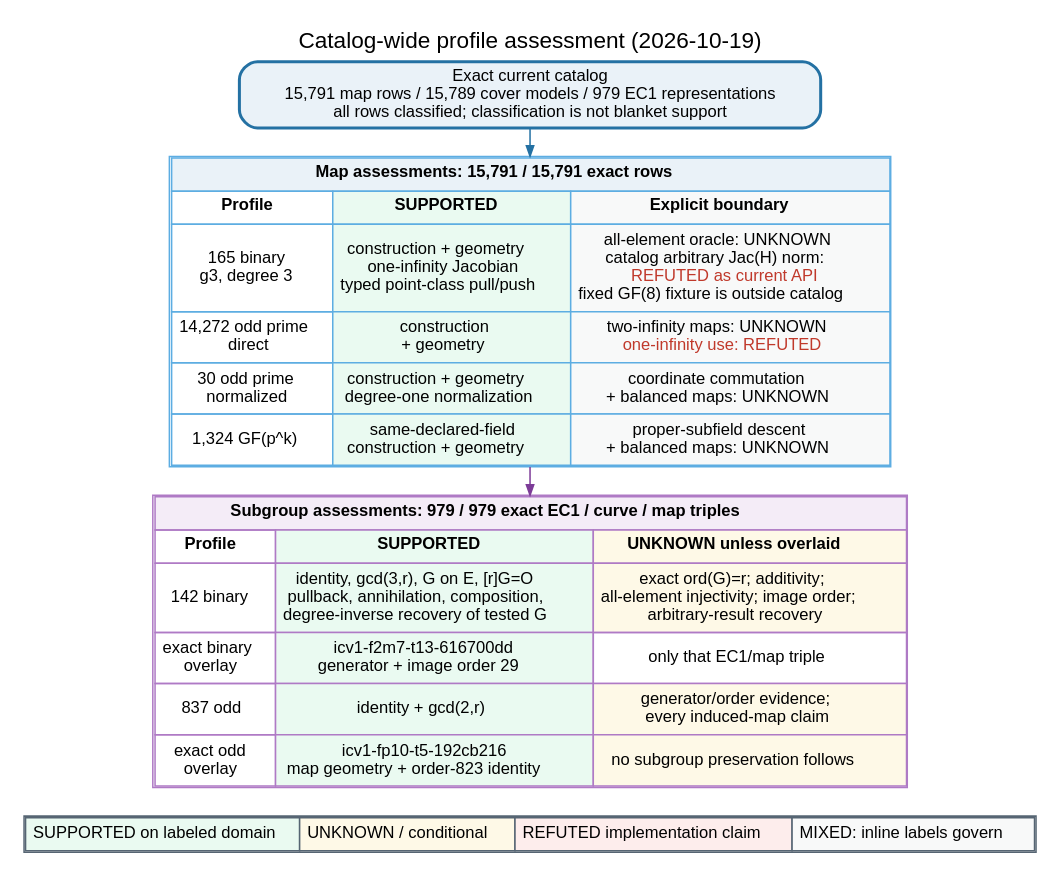
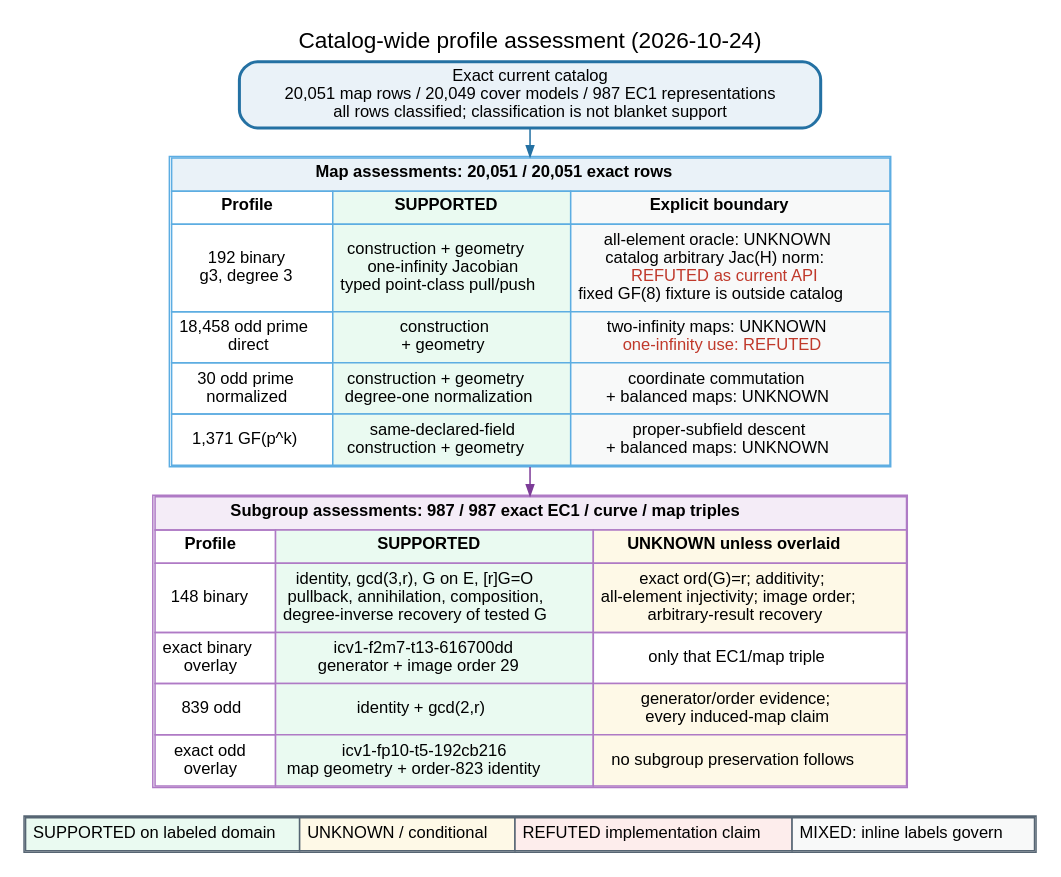
One commit to isogeny-labs/crypto changed the diagram in research/cover_transfer_assessment_20261013/typed_correspondence.dot. Above: the diagram before and after it, drawn with Graphviz. The commit also changed 16 other files, not shown here.

```diff
--- a/research/cover_transfer_assessment_20261013/typed_correspondence.dot
+++ b/research/cover_transfer_assessment_20261013/typed_correspondence.dot
@@ -1,64 +1,64 @@
-// cover-transfer-assessments/v2; catalog_maps=15791; unique_cover_models=15789; geometry_verified_maps=15791; ec1_representations=979; assessed_maps=15791; unassessed_maps=0; assessed_subgroups=979; unassessed_subgroups=0
+// cover-transfer-assessments/v2; catalog_maps=20051; unique_cover_models=20049; geometry_verified_maps=20051; ec1_representations=987; assessed_maps=20051; unassessed_maps=0; assessed_subgroups=987; unassessed_subgroups=0
 digraph cover_transfer_assessment {
   graph [
     rankdir=TB,
     bgcolor="white",
     pad="0.12",
     nodesep="0.20",
     ranksep="0.26",
     fontname="Helvetica",
     fontsize=15,
     labelloc="t",
-    label="Catalog-wide profile assessment (2026-10-19)"
+    label="Catalog-wide profile assessment (2026-10-24)"
   ];
   node [shape=box, style="rounded,filled", fillcolor="white", color="#34495e", fontname="Helvetica", fontsize=11];
   edge [fontname="Helvetica", fontsize=9, color="#34495e", arrowsize=0.7];
 
   catalog [
-    label="Exact current catalog\n15,791 map rows / 15,789 cover models / 979 EC1 representations\nall rows classified; classification is not blanket support",
+    label="Exact current catalog\n20,051 map rows / 20,049 cover models / 987 EC1 representations\nall rows classified; classification is not blanket support",
     fillcolor="#eaf2f8",
     color="#2471a3",
     penwidth=2
   ];
 
   maps [
     shape=plain,
     label=<
       <TABLE BORDER="1" CELLBORDER="1" CELLSPACING="0" CELLPADDING="4" COLOR="#5dade2">
-        <TR><TD COLSPAN="3" BGCOLOR="#eaf2f8"><B>Map assessments: 15,791 / 15,791 exact rows</B></TD></TR>
+        <TR><TD COLSPAN="3" BGCOLOR="#eaf2f8"><B>Map assessments: 20,051 / 20,051 exact rows</B></TD></TR>
         <TR><TD><B>Profile</B></TD><TD BGCOLOR="#eafaf1"><B>SUPPORTED</B></TD><TD BGCOLOR="#f8f9f9"><B>Explicit boundary</B></TD></TR>
-        <TR><TD>165 binary<BR/>g3, degree 3</TD><TD BGCOLOR="#eafaf1">construction + geometry<BR/>one-infinity Jacobian<BR/>typed point-class pull/push</TD><TD BGCOLOR="#f8f9f9">all-element oracle: UNKNOWN<BR/>catalog arbitrary Jac(H) norm:<BR/><FONT COLOR="#c0392b">REFUTED as current API</FONT><BR/>fixed GF(8) fixture is outside catalog</TD></TR>
-        <TR><TD>14,272 odd prime<BR/>direct</TD><TD BGCOLOR="#eafaf1">construction<BR/>+ geometry</TD><TD BGCOLOR="#f8f9f9">two-infinity maps: UNKNOWN<BR/><FONT COLOR="#c0392b">one-infinity use: REFUTED</FONT></TD></TR>
+        <TR><TD>192 binary<BR/>g3, degree 3</TD><TD BGCOLOR="#eafaf1">construction + geometry<BR/>one-infinity Jacobian<BR/>typed point-class pull/push</TD><TD BGCOLOR="#f8f9f9">all-element oracle: UNKNOWN<BR/>catalog arbitrary Jac(H) norm:<BR/><FONT COLOR="#c0392b">REFUTED as current API</FONT><BR/>fixed GF(8) fixture is outside catalog</TD></TR>
+        <TR><TD>18,458 odd prime<BR/>direct</TD><TD BGCOLOR="#eafaf1">construction<BR/>+ geometry</TD><TD BGCOLOR="#f8f9f9">two-infinity maps: UNKNOWN<BR/><FONT COLOR="#c0392b">one-infinity use: REFUTED</FONT></TD></TR>
         <TR><TD>30 odd prime<BR/>normalized</TD><TD BGCOLOR="#eafaf1">construction + geometry<BR/>degree-one normalization</TD><TD BGCOLOR="#f8f9f9">coordinate commutation<BR/>+ balanced maps: UNKNOWN</TD></TR>
-        <TR><TD>1,324 GF(p^k)</TD><TD BGCOLOR="#eafaf1">same-declared-field<BR/>construction + geometry</TD><TD BGCOLOR="#f8f9f9">proper-subfield descent<BR/>+ balanced maps: UNKNOWN</TD></TR>
+        <TR><TD>1,371 GF(p^k)</TD><TD BGCOLOR="#eafaf1">same-declared-field<BR/>construction + geometry</TD><TD BGCOLOR="#f8f9f9">proper-subfield descent<BR/>+ balanced maps: UNKNOWN</TD></TR>
       </TABLE>
     >
   ];
 
   subgroups [
     shape=plain,
     label=<
       <TABLE BORDER="1" CELLBORDER="1" CELLSPACING="0" CELLPADDING="4" COLOR="#af7ac5">
-        <TR><TD COLSPAN="3" BGCOLOR="#f4ecf7"><B>Subgroup assessments: 979 / 979 exact EC1 / curve / map triples</B></TD></TR>
+        <TR><TD COLSPAN="3" BGCOLOR="#f4ecf7"><B>Subgroup assessments: 987 / 987 exact EC1 / curve / map triples</B></TD></TR>
         <TR><TD><B>Profile</B></TD><TD BGCOLOR="#eafaf1"><B>SUPPORTED</B></TD><TD BGCOLOR="#fef9e7"><B>UNKNOWN unless overlaid</B></TD></TR>
-        <TR><TD>142 binary</TD><TD BGCOLOR="#eafaf1">identity, gcd(3,r), G on E, [r]G=O<BR/>pullback, annihilation, composition,<BR/>degree-inverse recovery of tested G</TD><TD BGCOLOR="#fef9e7">exact ord(G)=r; additivity;<BR/>all-element injectivity; image order;<BR/>arbitrary-result recovery</TD></TR>
+        <TR><TD>148 binary</TD><TD BGCOLOR="#eafaf1">identity, gcd(3,r), G on E, [r]G=O<BR/>pullback, annihilation, composition,<BR/>degree-inverse recovery of tested G</TD><TD BGCOLOR="#fef9e7">exact ord(G)=r; additivity;<BR/>all-element injectivity; image order;<BR/>arbitrary-result recovery</TD></TR>
         <TR><TD>exact binary<BR/>overlay</TD><TD BGCOLOR="#eafaf1">icv1-f2m7-t13-616700dd<BR/>generator + image order 29</TD><TD>only that EC1/map triple</TD></TR>
-        <TR><TD>837 odd</TD><TD BGCOLOR="#eafaf1">identity + gcd(2,r)</TD><TD BGCOLOR="#fef9e7">generator/order evidence;<BR/>every induced-map claim</TD></TR>
+        <TR><TD>839 odd</TD><TD BGCOLOR="#eafaf1">identity + gcd(2,r)</TD><TD BGCOLOR="#fef9e7">generator/order evidence;<BR/>every induced-map claim</TD></TR>
         <TR><TD>exact odd<BR/>overlay</TD><TD BGCOLOR="#eafaf1">icv1-fp10-t5-192cb216<BR/>map geometry + order-823 identity</TD><TD BGCOLOR="#fef9e7">no subgroup preservation follows</TD></TR>
       </TABLE>
     >
   ];
 
   legend [
     shape=plain,
     label=<
       <TABLE BORDER="1" CELLBORDER="1" CELLSPACING="0" CELLPADDING="4" COLOR="#566573">
         <TR><TD BGCOLOR="#eafaf1">SUPPORTED on labeled domain</TD><TD BGCOLOR="#fef9e7">UNKNOWN / conditional</TD><TD BGCOLOR="#fdedec">REFUTED implementation claim</TD><TD BGCOLOR="#f8f9f9">MIXED: inline labels govern</TD></TR>
       </TABLE>
     >
   ];
 
   catalog -> maps [color="#2471a3"];
   maps -> subgroups [color="#7d3c98"];
   subgroups -> legend [style="invis", weight=80];
 }
```
